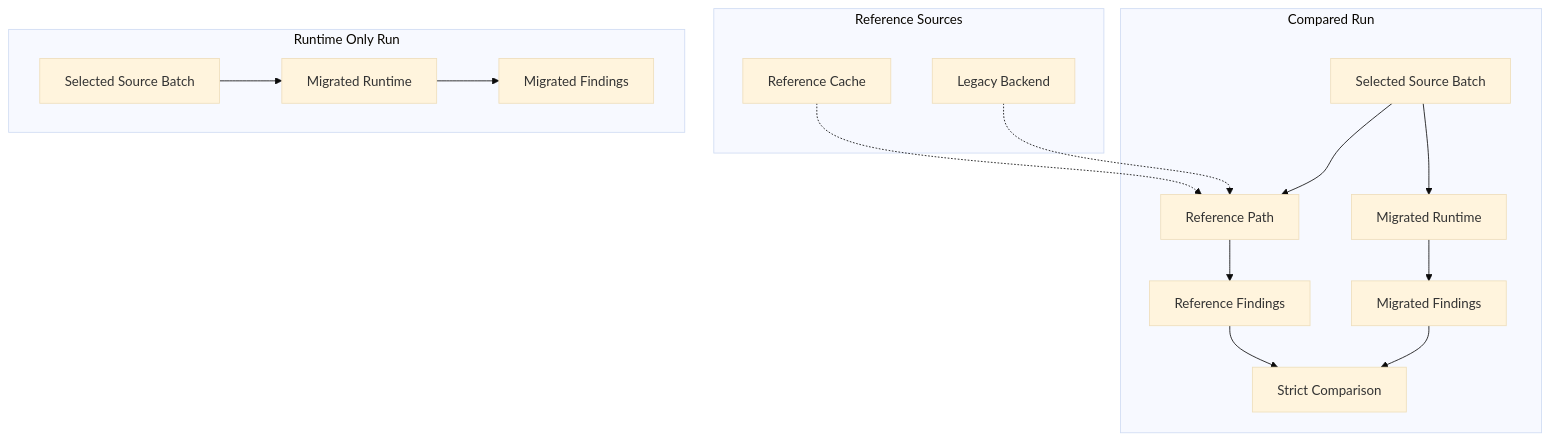
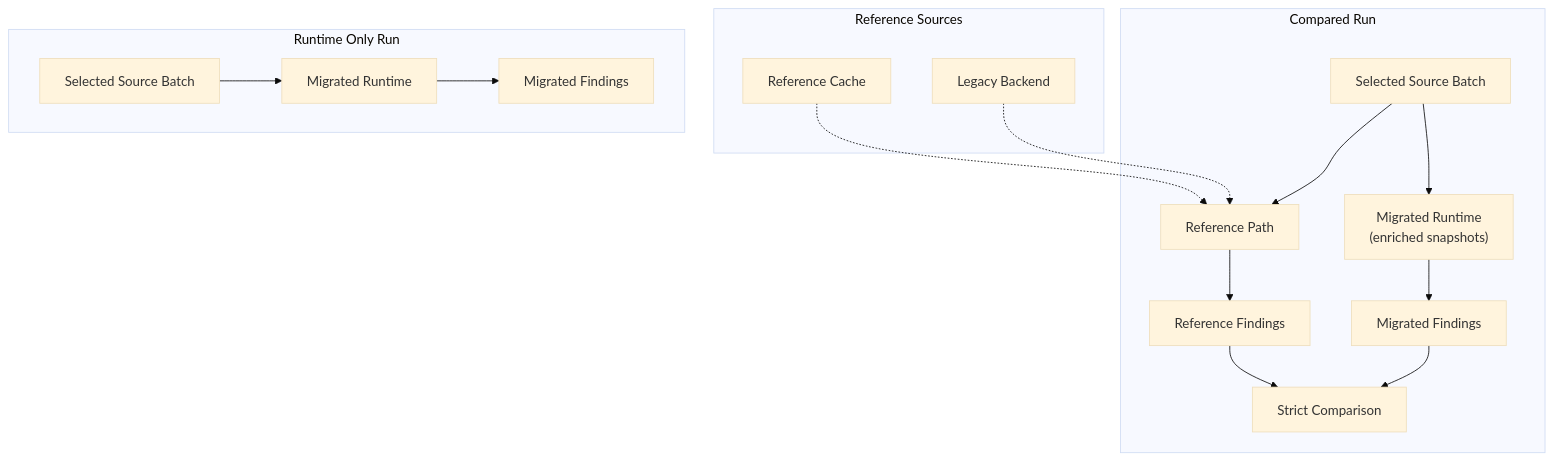
One commit to bobcorn/openfoodfacts-data-quality changed the diagram in docs/explanation/reference-data-and-parity.md. Above: the diagram before and after it, drawn with Mermaid (base theme). The commit also changed other lines of this file and 57 other files, not shown here.

````diff
--- a/docs/explanation/reference-data-and-parity.md
+++ b/docs/explanation/reference-data-and-parity.md
@@ -45,32 +45,32 @@
 ```mermaid
 flowchart TB
     subgraph COMP["Compared Run"]
         A["Selected Source Batch"]
         B["Reference Path"]
-        C["Migrated Runtime"]
+        C["Migrated Runtime<br/>(enriched snapshots)"]
         D["Reference Findings"]
         E["Migrated Findings"]
         F["Strict Comparison"]
         A --> B
         A --> C
         B --> D
         C --> E
         D --> F
         E --> F
     end
 
     subgraph REF["Reference Sources"]
         H["Reference Cache"]
         I["Legacy Backend"]
     end
 
     H -.-> B
     I -.-> B
 
     subgraph RTO["Runtime Only Run"]
         J["Selected Source Batch"]
         K["Migrated Runtime"]
         L["Migrated Findings"]
         J --> K --> L
     end
 ```
````
